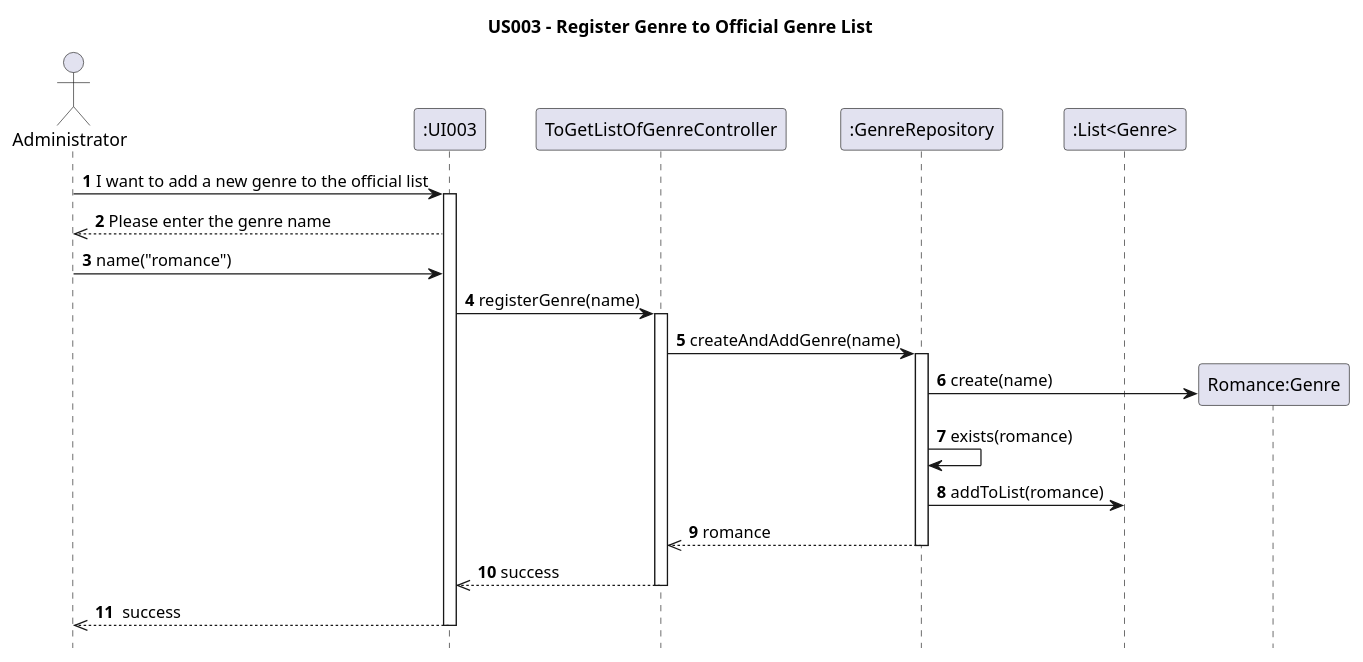
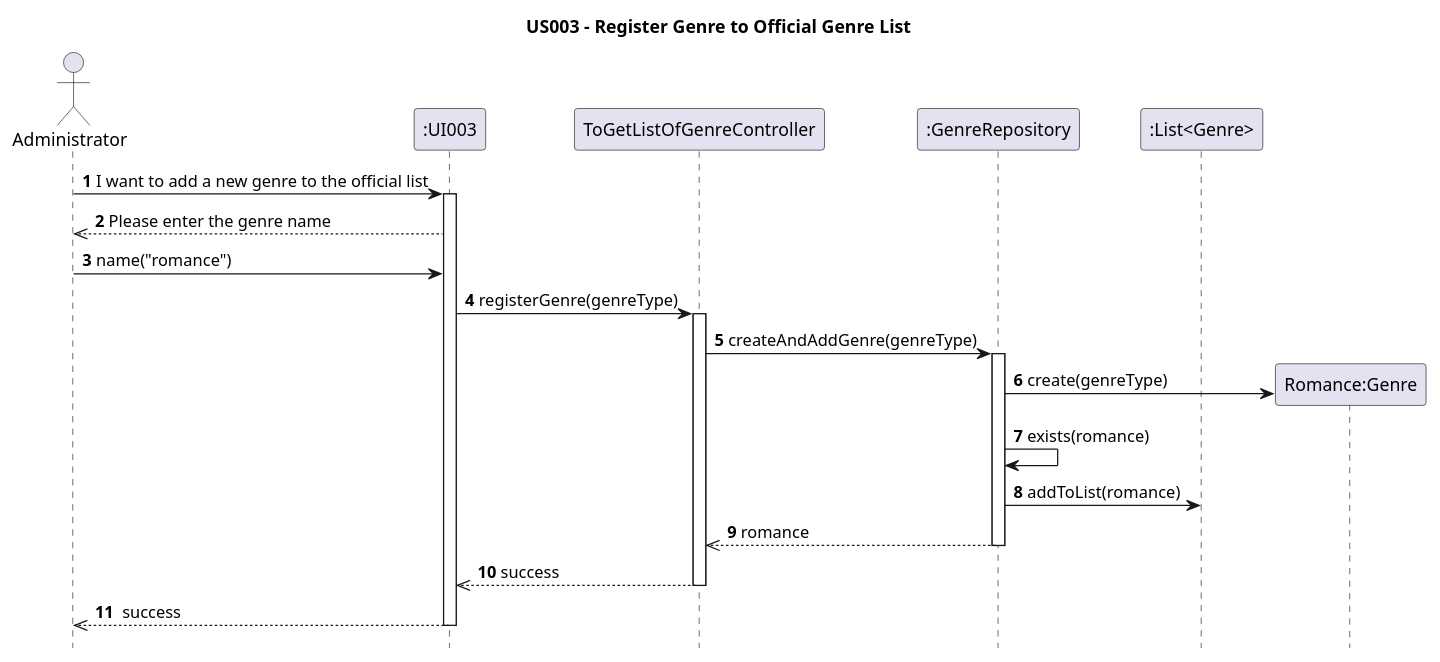
The diagram in Diagrams/SequenceDiagrams/N2/US003 -To-add-a-publication-genre-to-the-genre-list.puml (AndrePereiraGitH/SWitCH-Project-Team_A), drawn with PlantUML before and after one commit. The commit also changed 3 other files, not shown here.

```diff
--- a/Diagrams/SequenceDiagrams/N2/US003 -To-add-a-publication-genre-to-the-genre-list.puml
+++ b/Diagrams/SequenceDiagrams/N2/US003 -To-add-a-publication-genre-to-the-genre-list.puml
@@ -1,45 +1,45 @@
 @startuml
 hide footbox
 title US003 - Register Genre to Official Genre List
 
 
 actor Administrator
 participant ":UI003" as UI
 
 participant "ToGetListOfGenreController" as RegisterGenreController
 
 participant ":GenreRepository" as GenreRepository
 participant ":List<Genre>" as LG
 
 Administrator -> UI : **1** I want to add a new genre to the official list
 
 activate UI
 
 UI -->> Administrator : **2** Please enter the genre name
 Administrator -> UI : **3** name("romance")
 
 
-UI -> RegisterGenreController : **4** registerGenre(name)
+UI -> RegisterGenreController : **4** registerGenre(genreType)
 activate RegisterGenreController
 
-RegisterGenreController -> GenreRepository : **5** createAndAddGenre(name)
+RegisterGenreController -> GenreRepository : **5** createAndAddGenre(genreType)
 activate GenreRepository
 
   create "Romance:Genre" as Genre
 
-  GenreRepository -> Genre : **6** create(name)
+  GenreRepository -> Genre : **6** create(genreType)
   GenreRepository -> GenreRepository : **7** exists(romance)
 
   GenreRepository -> LG : **8** addToList(romance)
   GenreRepository  -->> RegisterGenreController : **9** romance
 
 
 deactivate GenreRepository
 
 RegisterGenreController -->> UI : **10** success
 deactivate RegisterGenreController
 
 UI -->> Administrator : **11**  success
 deactivate UI
 
 @enduml
```
